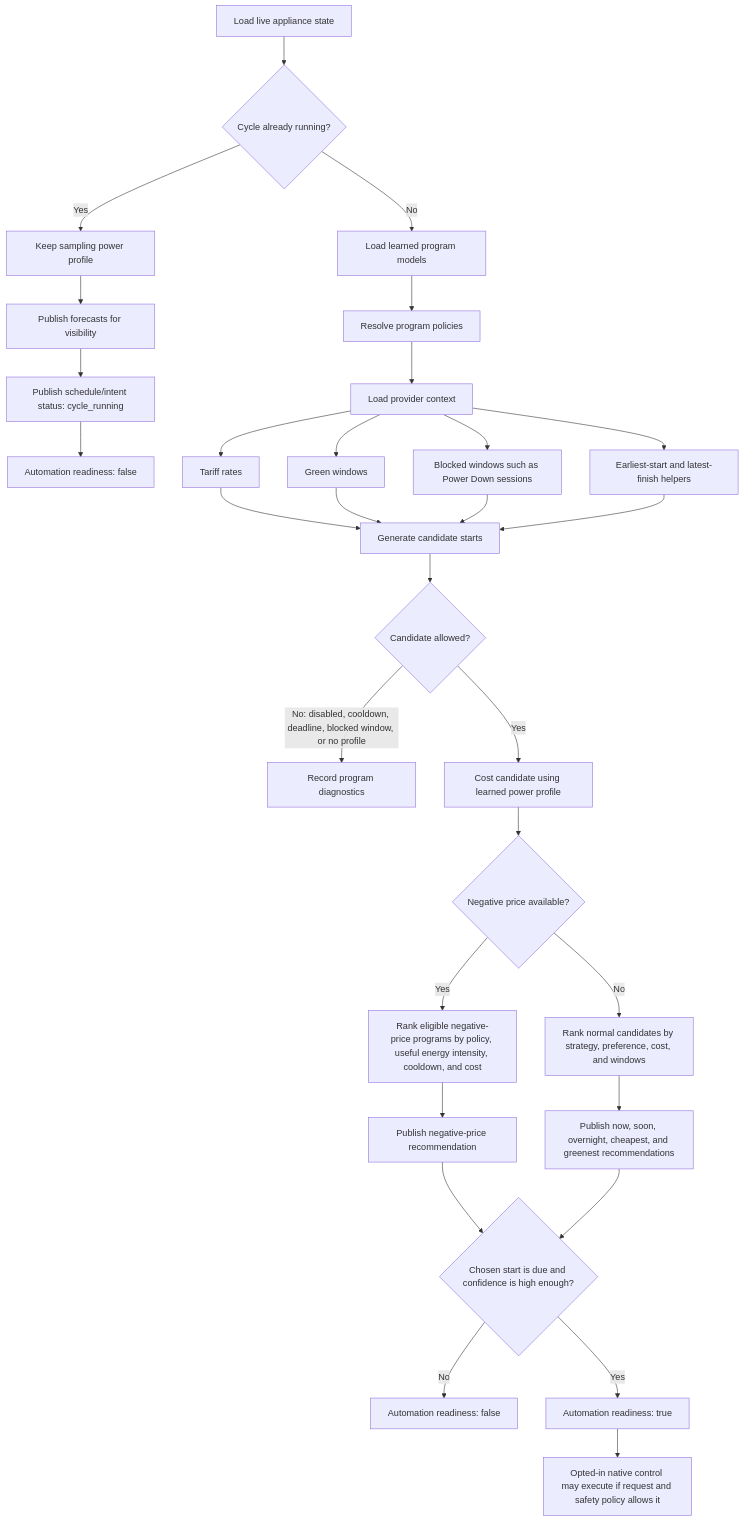
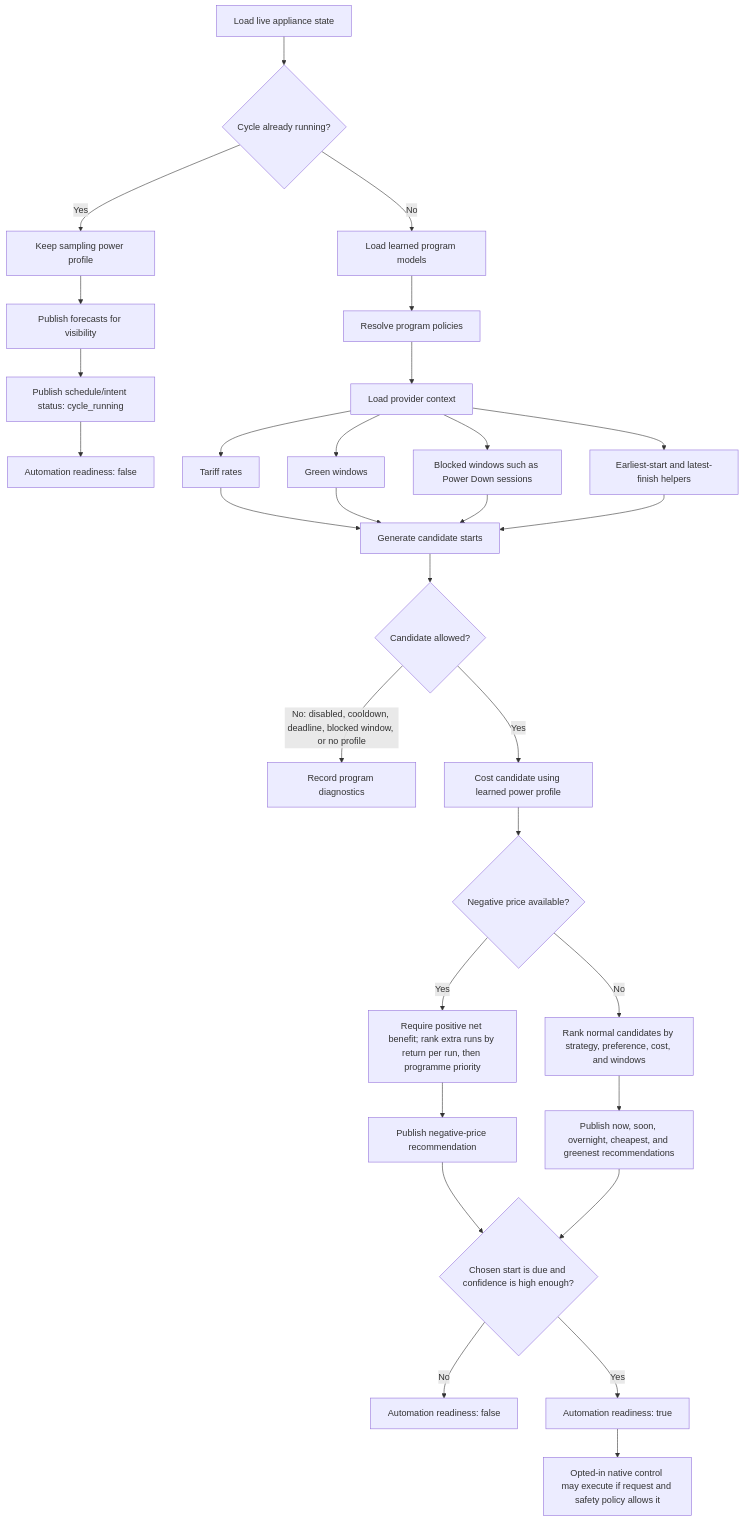
Before and after one commit to stevesherry123/load-optimizer-home-assistant: the diagram in docs/architecture.md, drawn with Mermaid. The commit also changed 22 other files, not shown here.

Commit message:
Require positive total benefit for extra runs and disclose operating costs

````diff
--- a/docs/architecture.md
+++ b/docs/architecture.md
@@ -255,35 +255,35 @@
 ```mermaid
 flowchart TD
     A["Load live appliance state"] --> B{"Cycle already running?"}
     B -- "Yes" --> C["Keep sampling power profile"]
     C --> D["Publish forecasts for visibility"]
     D --> E["Publish schedule/intent status: cycle_running"]
     E --> F["Automation readiness: false"]
 
     B -- "No" --> G["Load learned program models"]
     G --> H["Resolve program policies"]
     H --> I["Load provider context"]
     I --> I1["Tariff rates"]
     I --> I2["Green windows"]
     I --> I3["Blocked windows such as Power Down sessions"]
     I --> I4["Earliest-start and latest-finish helpers"]
 
     I1 --> J["Generate candidate starts"]
     I2 --> J
     I3 --> J
     I4 --> J
     J --> K{"Candidate allowed?"}
     K -- "No: disabled, cooldown, deadline, blocked window, or no profile" --> L["Record program diagnostics"]
     K -- "Yes" --> M["Cost candidate using learned power profile"]
 
     M --> N{"Negative price available?"}
-    N -- "Yes" --> O["Rank eligible negative-price programs by policy, useful energy intensity, cooldown, and cost"]
+    N -- "Yes" --> O["Require positive net benefit; rank extra runs by return per run, then programme priority"]
     N -- "No" --> P["Rank normal candidates by strategy, preference, cost, and windows"]
     O --> Q["Publish negative-price recommendation"]
     P --> R["Publish now, soon, overnight, cheapest, and greenest recommendations"]
     Q --> S{"Chosen start is due and confidence is high enough?"}
     R --> S
     S -- "No" --> T["Automation readiness: false"]
     S -- "Yes" --> U["Automation readiness: true"]
     U --> V["Opted-in native control may execute if request and safety policy allows it"]
 ```
````
